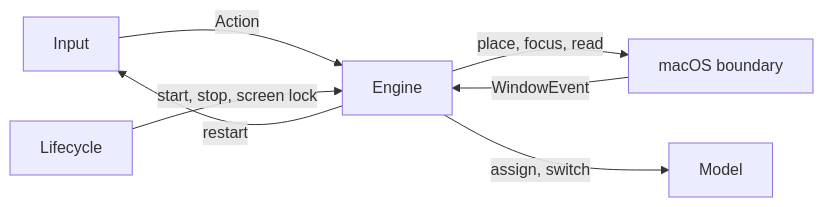
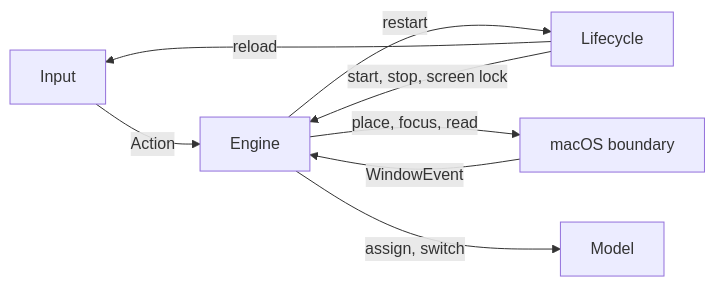
One commit to brennovich/ottowm changed the second of 18 diagrams in ARCHITECTURE.md. Above: the diagram before and after it, drawn with Mermaid. The commit also changed other lines of this file and 8 other files, not shown here.

````diff
--- a/ARCHITECTURE.md
+++ b/ARCHITECTURE.md
@@ -50,9 +50,10 @@
 ```mermaid
 flowchart LR
     Input -->|Action| Engine
-    Engine -->|restart| Input
+    Engine -->|restart| Lifecycle
+    Lifecycle -->|reload| Input
     macOS["macOS boundary"] -->|WindowEvent| Engine
     Engine -->|place, focus, read| macOS
     Engine -->|assign, switch| Model
     Lifecycle -->|start, stop, screen lock| Engine
 ```
````
